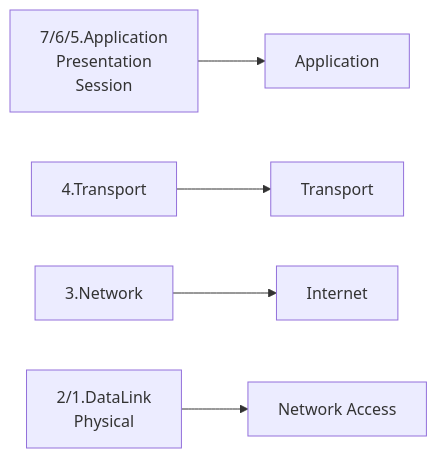
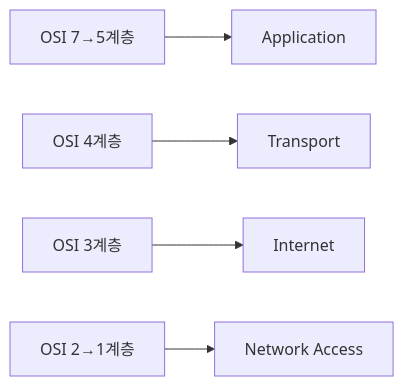
One commit to yjkim2015/yjkim2015.github.io changed the fifth of 6 diagrams in _posts/network/2026-05-01-osi-7-layer.md. Above: the diagram before and after it, drawn with Mermaid. The commit also changed 163 other files, not shown here.

First line of the commit message:
Mermaid 300개 블록 내용 축소: 5노드 5엣지 이하, 의미 있는 약어

````diff
--- a/_posts/network/2026-05-01-osi-7-layer.md
+++ b/_posts/network/2026-05-01-osi-7-layer.md
@@ -243,7 +243,7 @@
 ```mermaid
 graph LR
-    OSI["7/6/5.Application\nPresentation\nSession"] --> T4["Application"]
-    O4["4.Transport"] --> T3["Transport"]
-    O3["3.Network"] --> T2["Internet"]
-    O21["2/1.DataLink\nPhysical"] --> T1["Network Access"]
+    OSI["OSI 7→5계층"] --> T4["Application"]
+    O4["OSI 4계층"] --> T3["Transport"]
+    O3["OSI 3계층"] --> T2["Internet"]
+    O21["OSI 2→1계층"] --> T1["Network Access"]
 ```
````
